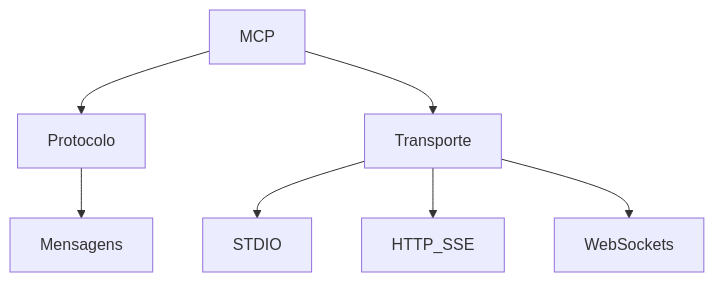
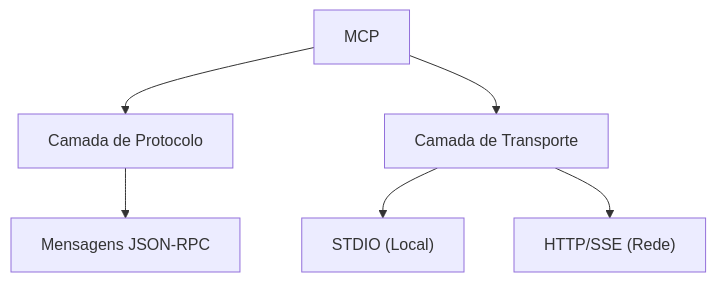
The tenth of 16 diagrams in AI/Communication/MCP/mcp - presentation.md (felipepimentel/my-public-notes), drawn with Mermaid before and after one commit. The commit also changed other lines of this file, not shown here.

````diff
--- a/AI/Communication/MCP/mcp - presentation.md
+++ b/AI/Communication/MCP/mcp - presentation.md
@@ -161,10 +403,15 @@
 ```mermaid
+
 graph TB
-    MCP --> Protocolo
-    MCP --> Transporte
 
-    Protocolo --> Mensagens
-    Transporte --> STDIO
-    Transporte --> HTTP_SSE
-    Transporte --> WebSockets
+A[MCP] --> B[Camada de Protocolo]
+
+A --> C[Camada de Transporte]
+
+B --> D[Mensagens JSON-RPC]
+
+C --> G["STDIO (Local)"]
+
+C --> H["HTTP/SSE (Rede)"]
+
 ```
````
